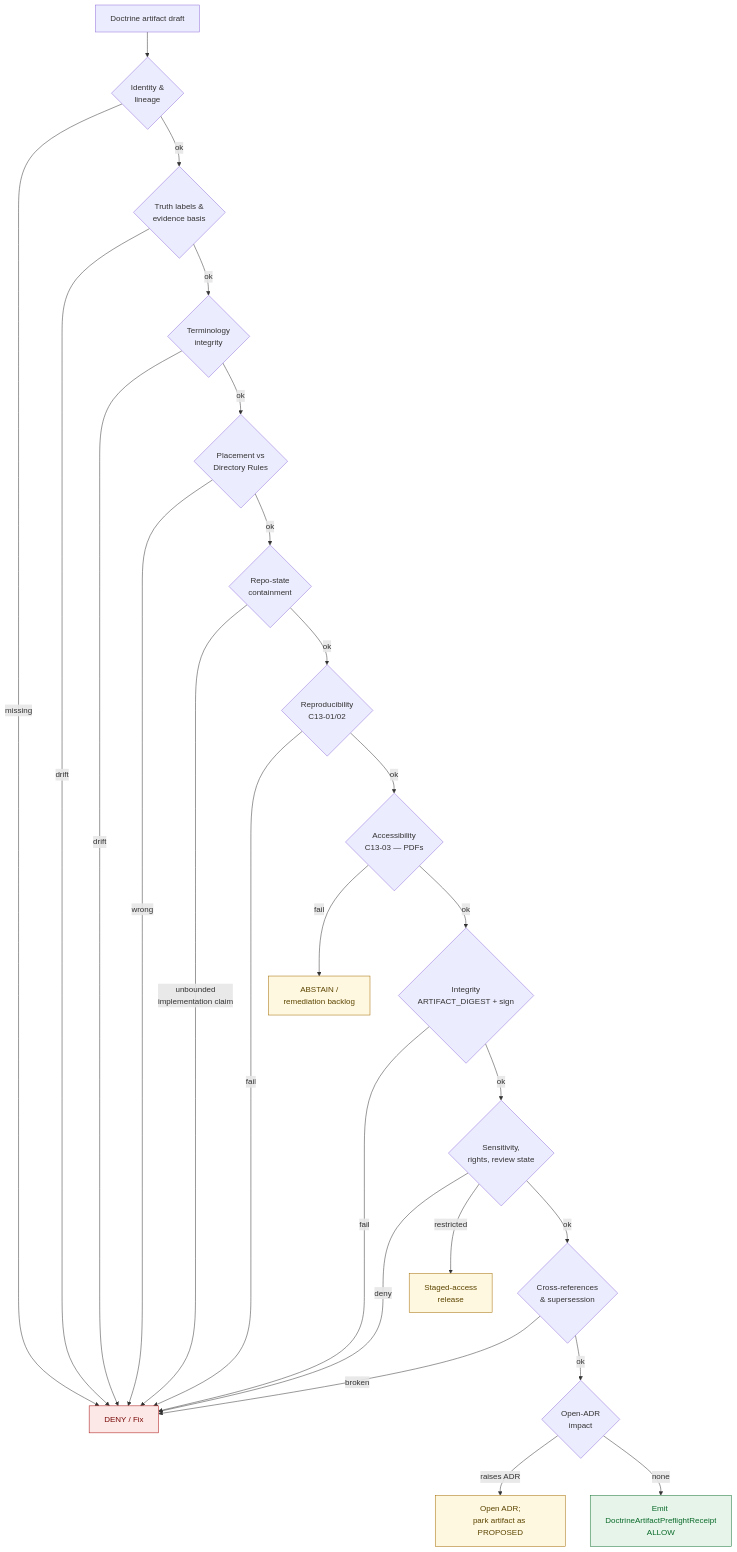
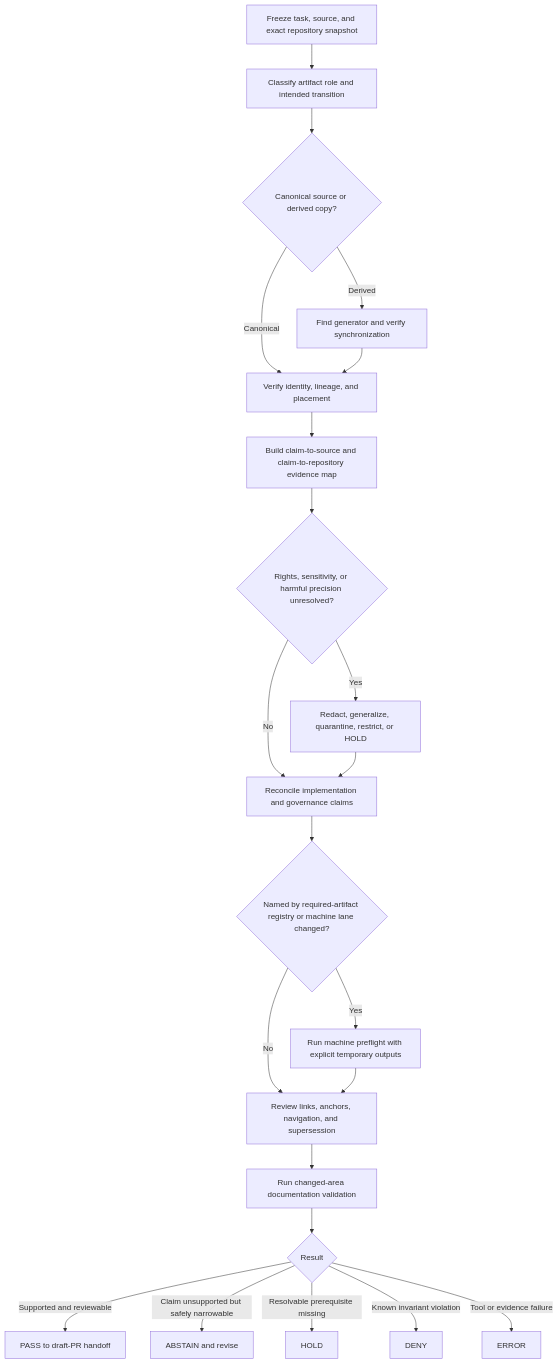
One commit to bartytime4life/Kansas-Frontier-Matrix changed the diagram in docs/runbooks/DOCTRINE_ARTIFACT_PREFLIGHT.md. Above: the diagram before and after it, drawn with Mermaid. The commit also changed other lines of this file, not shown here.

Commit message:
docs(runbooks): modernize doctrine artifact preflight

````diff
--- a/docs/runbooks/DOCTRINE_ARTIFACT_PREFLIGHT.md
+++ b/docs/runbooks/DOCTRINE_ARTIFACT_PREFLIGHT.md
@@ -171,34 +239,24 @@
 ```mermaid
 flowchart TD
-    A[Doctrine artifact draft] --> B{Identity &<br/>lineage}
-    B -- missing --> R[DENY / Fix]
-    B -- ok --> C{Truth labels &<br/>evidence basis}
-    C -- drift --> R
-    C -- ok --> D{Terminology<br/>integrity}
-    D -- drift --> R
-    D -- ok --> E{Placement vs<br/>Directory Rules}
-    E -- wrong --> R
-    E -- ok --> F{Repo-state<br/>containment}
-    F -- unbounded<br/>implementation claim --> R
-    F -- ok --> G{Reproducibility<br/>C13-01/02}
-    G -- fail --> R
-    G -- ok --> H{Accessibility<br/>C13-03 — PDFs}
-    H -- fail --> ABSTAIN[ABSTAIN /<br/>remediation backlog]
-    H -- ok --> I{Integrity<br/>ARTIFACT_DIGEST + sign}
-    I -- fail --> R
-    I -- ok --> J{Sensitivity,<br/>rights, review state}
-    J -- deny --> R
-    J -- restricted --> K[Staged-access<br/>release]
-    J -- ok --> L{Cross-references<br/>& supersession}
-    L -- broken --> R
-    L -- ok --> M{Open-ADR<br/>impact}
-    M -- raises ADR --> N[Open ADR;<br/>park artifact as PROPOSED]
-    M -- none --> P[Emit DoctrineArtifactPreflightReceipt<br/>ALLOW]
-
-    classDef ok fill:#e6f4ea,stroke:#137333,color:#0b6b2a;
-    classDef warn fill:#fff8e1,stroke:#a26a00,color:#5b4500;
-    classDef bad fill:#fce8e6,stroke:#a50e0e,color:#7a0c0c;
-    class P ok;
-    class K,N,ABSTAIN warn;
-    class R bad;
+    A[Freeze task, source, and exact repository snapshot] --> B[Classify artifact role and intended transition]
+    B --> C{Canonical source or derived copy?}
+    C -->|Derived| D[Find generator and verify synchronization]
+    C -->|Canonical| E[Verify identity, lineage, and placement]
+    D --> E
+    E --> F[Build claim-to-source and claim-to-repository evidence map]
+    F --> G{Rights, sensitivity, or harmful precision unresolved?}
+    G -->|Yes| H[Redact, generalize, quarantine, restrict, or HOLD]
+    G -->|No| I[Reconcile implementation and governance claims]
+    H --> I
+    I --> J{Named by required-artifact registry or machine lane changed?}
+    J -->|Yes| K[Run machine preflight with explicit temporary outputs]
+    J -->|No| L[Review links, anchors, navigation, and supersession]
+    K --> L
+    L --> M[Run changed-area documentation validation]
+    M --> N{Result}
+    N -->|Supported and reviewable| P[PASS to draft-PR handoff]
+    N -->|Claim unsupported but safely narrowable| Q[ABSTAIN and revise]
+    N -->|Resolvable prerequisite missing| R[HOLD]
+    N -->|Known invariant violation| S[DENY]
+    N -->|Tool or evidence failure| T[ERROR]
 ```
````
